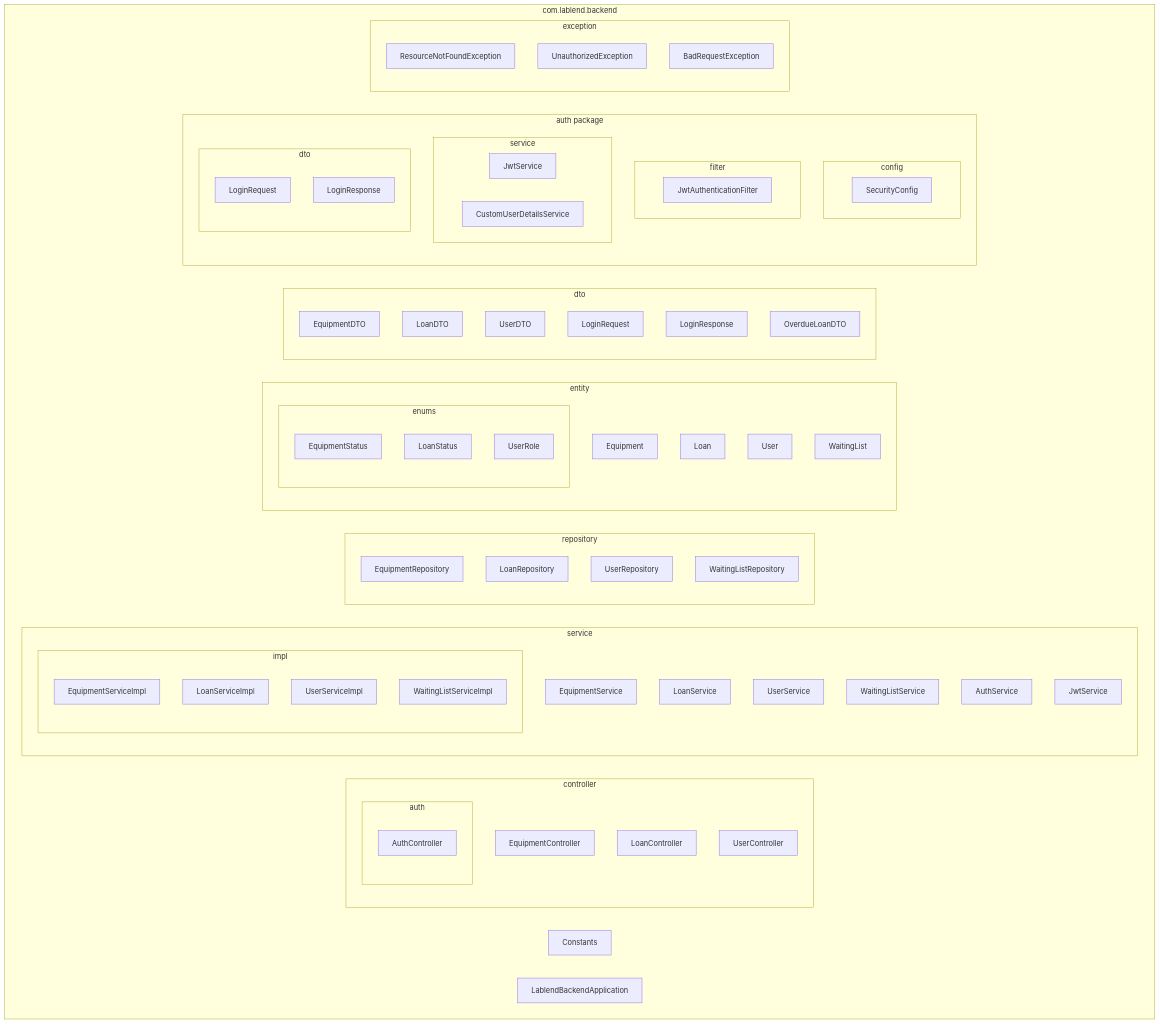
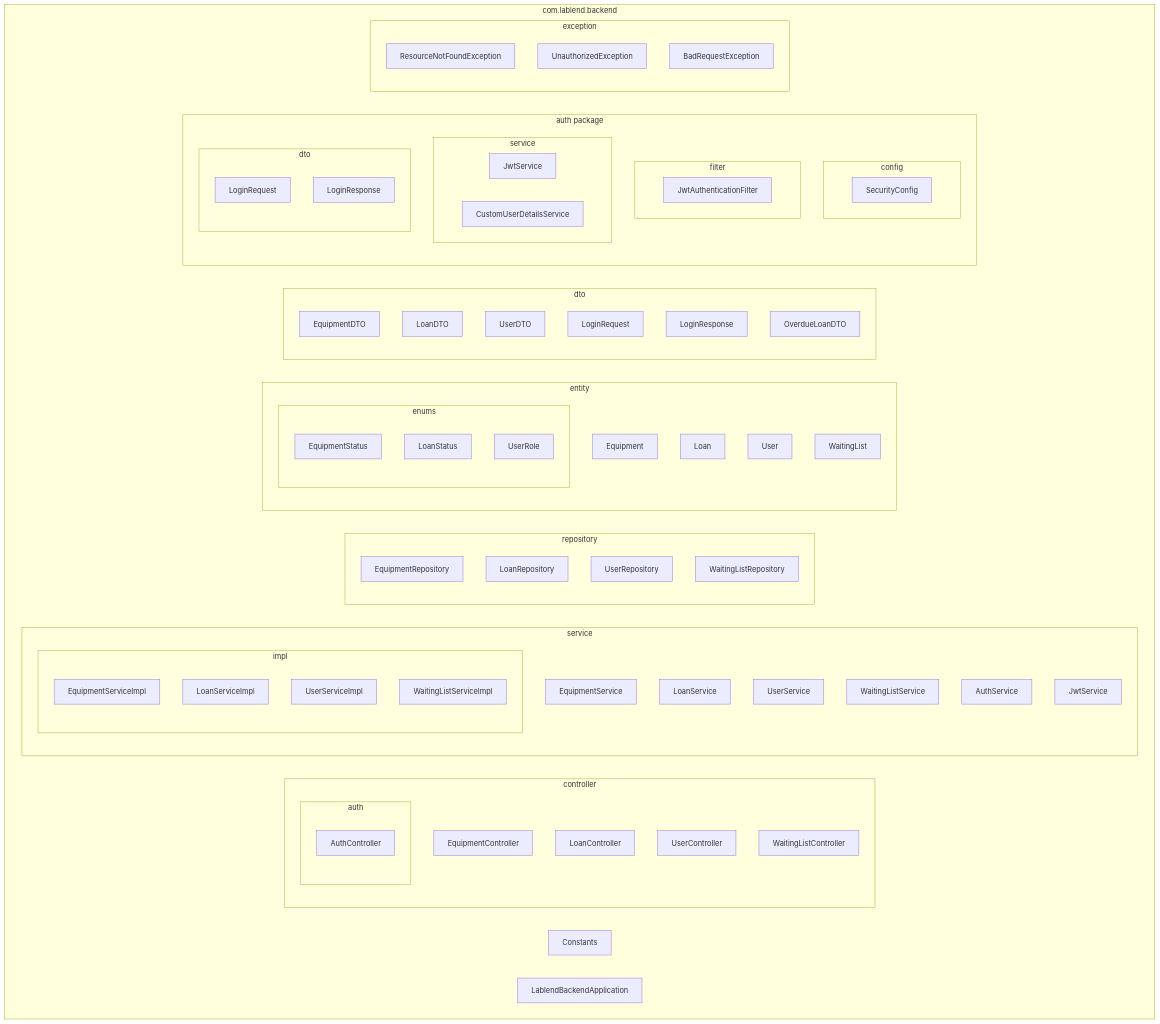
One commit to BSPQ25-26/BSPQ26-E7 changed the diagram in lablend-api/backend/docs/backend/architecture/overview.md. Above: the diagram before and after it, drawn with Mermaid. The commit also changed other lines of this file and 7 other files, not shown here.

First line of the commit message:
feat: implement equipment waiting list system and maintenance flow

```diff
--- a/lablend-api/backend/docs/backend/architecture/overview.md
+++ b/lablend-api/backend/docs/backend/architecture/overview.md
@@ -11,6 +11,7 @@
             EquipmentController
             LoanController
             UserController
+            WaitingListController
             subgraph auth_pkg [auth]
                 AuthController
             end
```
